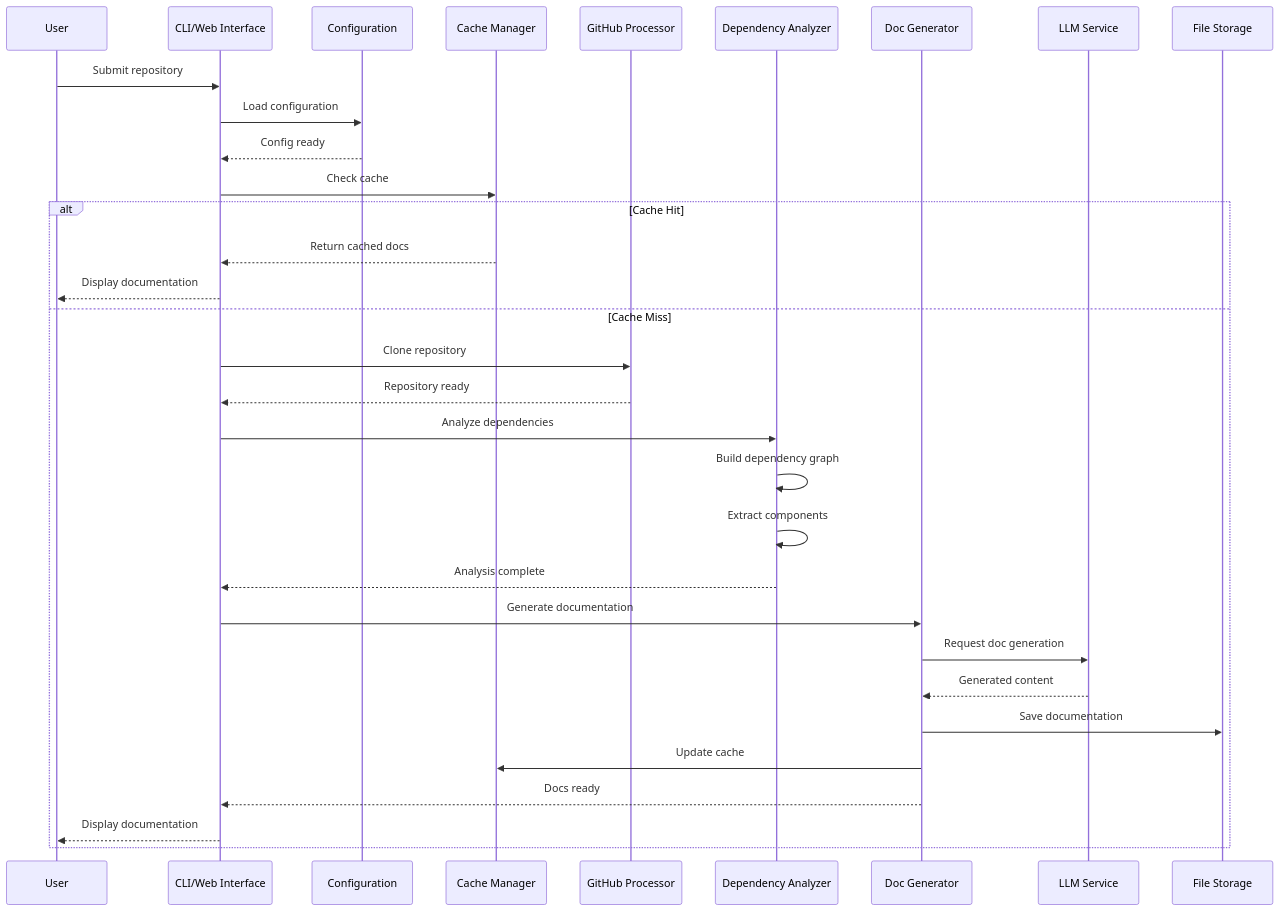
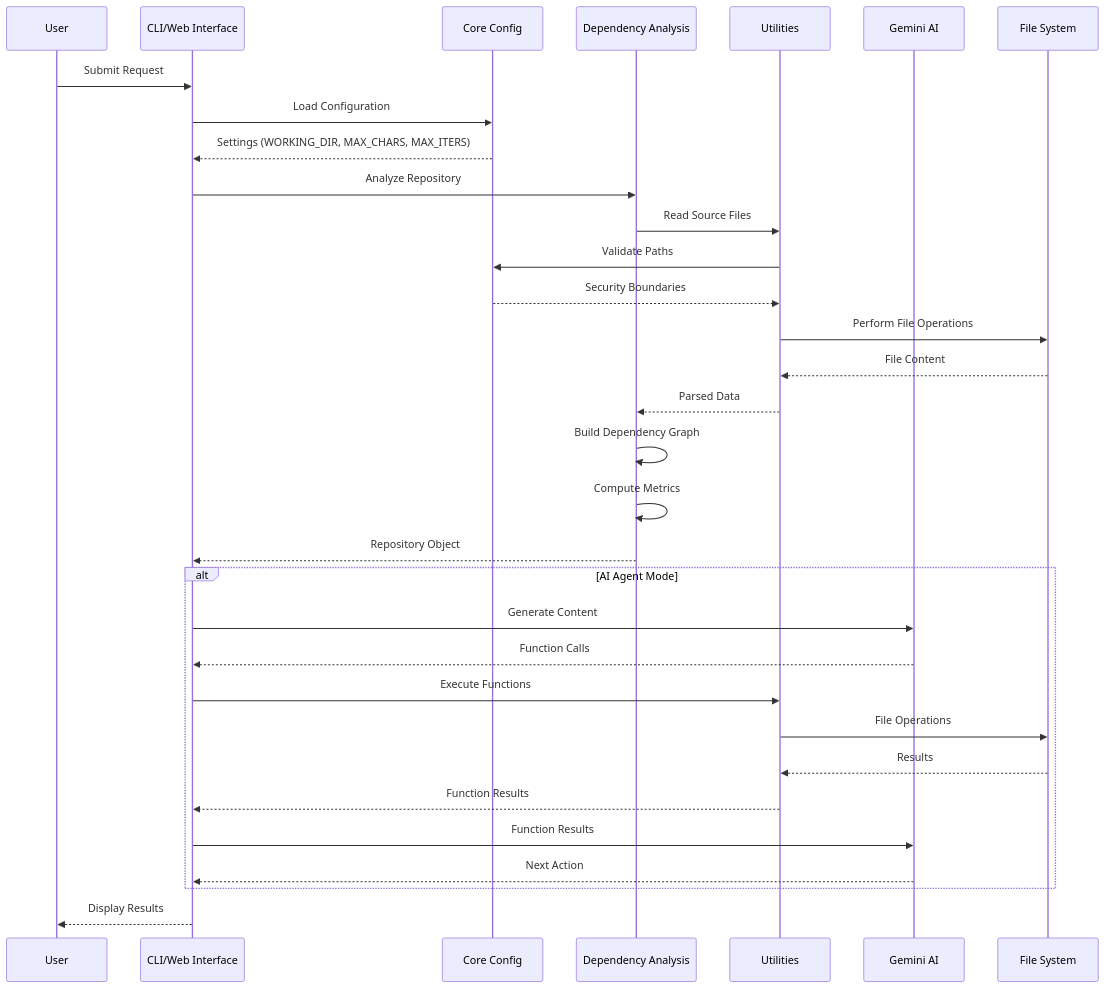
Before and after one commit to lsu123/ai-agent: the second of 6 diagrams in docs/overview.md, drawn with Mermaid. The commit also changed other lines of this file and 10 other files, not shown here.

````diff
--- a/docs/overview.md
+++ b/docs/overview.md
@@ -139,39 +84,39 @@
 ```mermaid
 sequenceDiagram
     participant User
     participant Interface as CLI/Web Interface
-    participant Config as Configuration
-    participant Cache as Cache Manager
-    participant GitHub as GitHub Processor
-    participant Analyzer as Dependency Analyzer
-    participant Generator as Doc Generator
-    participant LLM as LLM Service
-    participant Storage as File Storage
+    participant Config as Core Config
+    participant Analysis as Dependency Analysis
+    participant Utils as Utilities
+    participant AI as Gemini AI
+    participant FS as File System
     
-    User->>Interface: Submit repository
-    Interface->>Config: Load configuration
-    Config-->>Interface: Config ready
+    User->>Interface: Submit Request
+    Interface->>Config: Load Configuration
+    Config-->>Interface: Settings (WORKING_DIR, MAX_CHARS, MAX_ITERS)
     
-    Interface->>Cache: Check cache
-    alt Cache Hit
-        Cache-->>Interface: Return cached docs
-        Interface-->>User: Display documentation
-    else Cache Miss
-        Interface->>GitHub: Clone repository
-        GitHub-->>Interface: Repository ready
-        
-        Interface->>Analyzer: Analyze dependencies
-        Analyzer->>Analyzer: Build dependency graph
-        Analyzer->>Analyzer: Extract components
-        Analyzer-->>Interface: Analysis complete
-        
-        Interface->>Generator: Generate documentation
-        Generator->>LLM: Request doc generation
-        LLM-->>Generator: Generated content
-        Generator->>Storage: Save documentation
-        Generator->>Cache: Update cache
-        Generator-->>Interface: Docs ready
-        
-        Interface-->>User: Display documentation
+    Interface->>Analysis: Analyze Repository
+    Analysis->>Utils: Read Source Files
+    Utils->>Config: Validate Paths
+    Config-->>Utils: Security Boundaries
+    Utils->>FS: Perform File Operations
+    FS-->>Utils: File Content
+    Utils-->>Analysis: Parsed Data
+    
+    Analysis->>Analysis: Build Dependency Graph
+    Analysis->>Analysis: Compute Metrics
+    Analysis-->>Interface: Repository Object
+    
+    alt AI Agent Mode
+        Interface->>AI: Generate Content
+        AI-->>Interface: Function Calls
+        Interface->>Utils: Execute Functions
+        Utils->>FS: File Operations
+        FS-->>Utils: Results
+        Utils-->>Interface: Function Results
+        Interface->>AI: Function Results
+        AI-->>Interface: Next Action
     end
+    
+    Interface-->>User: Display Results
 ```
````
